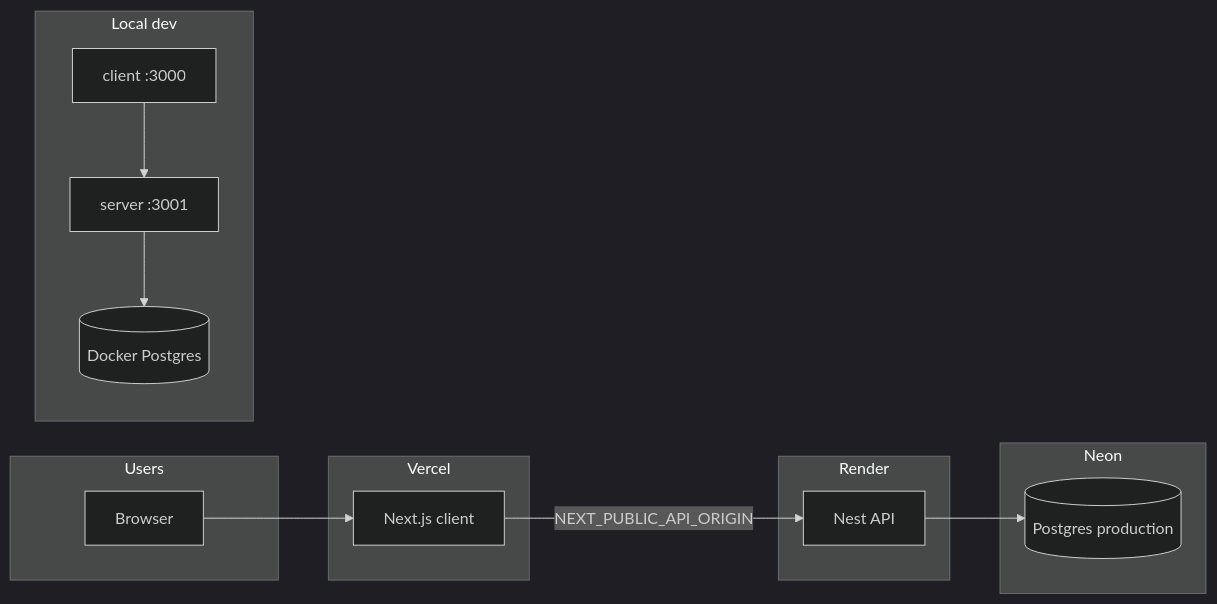
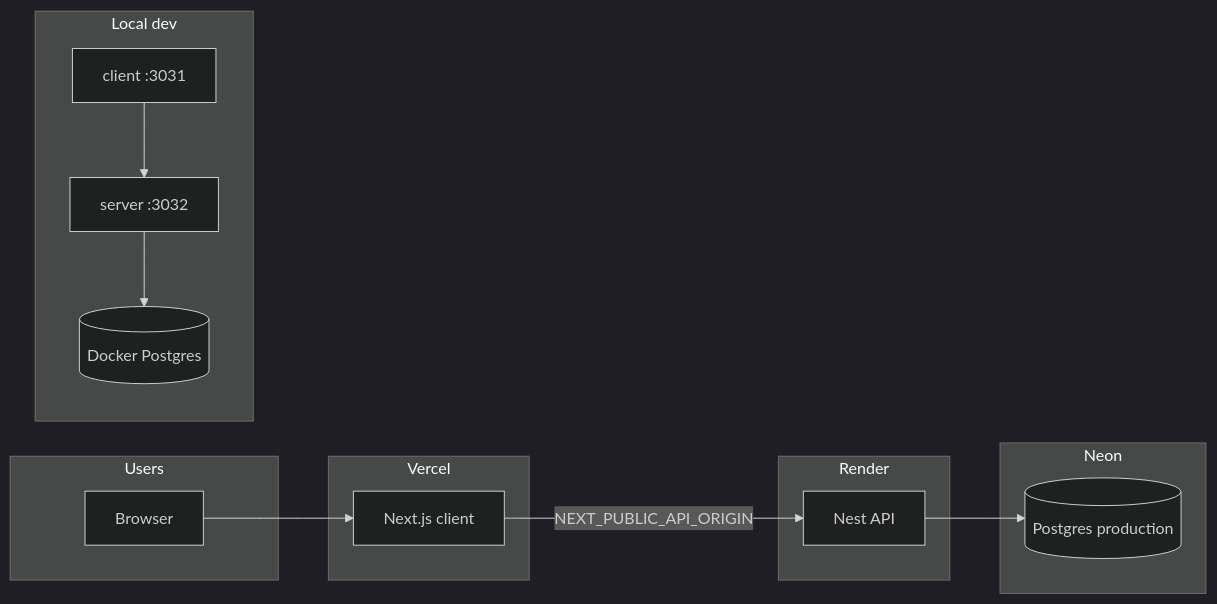
The diagram in deployment.md (AshishBarvaliya/hf-docs), drawn with Mermaid (dark theme) before and after one commit. The commit also changed 50 other files, not shown here.

````diff
--- a/deployment.md
+++ b/deployment.md
@@ -18,25 +18,25 @@
 ```mermaid
 flowchart LR
   subgraph users [Users]
     Browser
   end
   subgraph vercel [Vercel]
     Next["Next.js client"]
   end
   subgraph render [Render]
     API["Nest API"]
   end
   subgraph neon [Neon]
     PG[(Postgres production)]
   end
   subgraph local [Local dev]
     Docker[(Docker Postgres)]
-    DevAPI[server :3001]
-    DevUI[client :3000]
+    DevAPI[server :3032]
+    DevUI[client :3031]
   end
   Browser --> Next
   Next -->|NEXT_PUBLIC_API_ORIGIN| API
   API --> PG
   DevUI --> DevAPI
   DevAPI --> Docker
 ```
````
